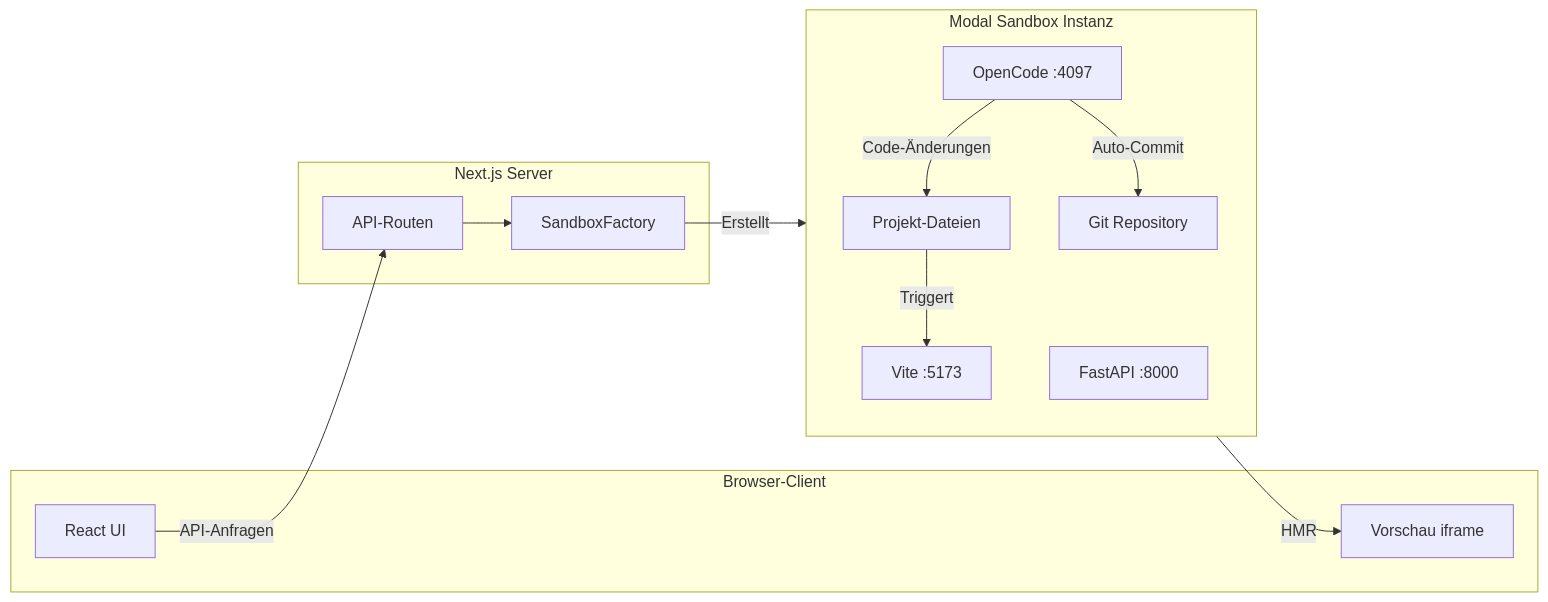
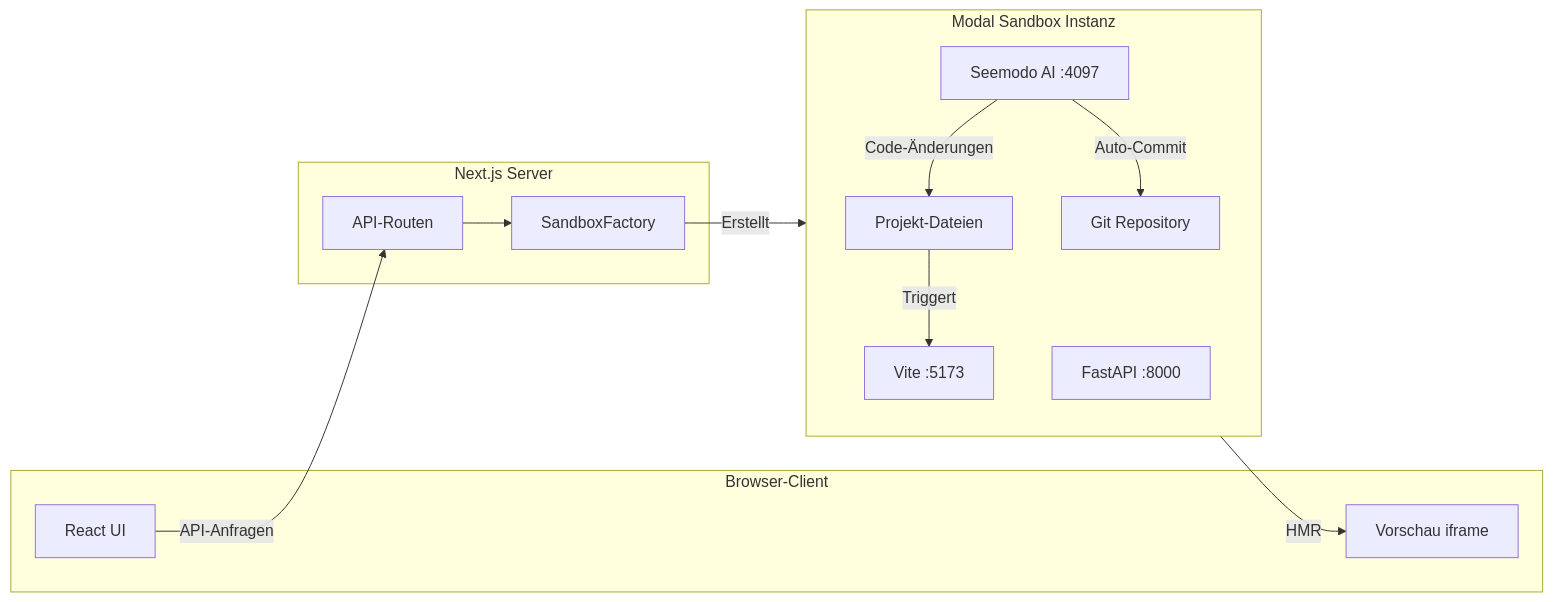
The third of 7 diagrams in de/seemodo/architecture.mdx (Seemodo/docs), drawn with Mermaid before and after one commit. The commit also changed other lines of this file and 23 other files, not shown here.

Commit message:
Update documentation to replace all instances of "OpenCode" with "Seemodo AI" across multiple files, including AGENTS.md, README.md, and various API reference documents, ensuring consistency with the new branding.

````diff
--- a/de/seemodo/architecture.mdx
+++ b/de/seemodo/architecture.mdx
@@ -135,29 +135,29 @@
 ```mermaid
 flowchart LR
     subgraph Client["Browser-Client"]
         UI["React UI"]
         Preview["Vorschau iframe"]
     end
 
     subgraph NextJS["Next.js Server"]
         API["API-Routen"]
         Factory["SandboxFactory"]
     end
 
     subgraph ModalSandbox["Modal Sandbox Instanz"]
         direction TB
         ViteServer["Vite :5173"]
         FastAPIServer["FastAPI :8000"]
-        OpenCodeServer["OpenCode :4097"]
+        SeemodAIServer["Seemodo AI :4097"]
         Git["Git Repository"]
         Files["Projekt-Dateien"]
     end
 
     UI -->|API-Anfragen| API
     API --> Factory
     Factory -->|Erstellt| ModalSandbox
     ViteServer -->|HMR| Preview
-    OpenCodeServer -->|Code-Änderungen| Files
+    SeemodAIServer -->|Code-Änderungen| Files
     Files -->|Triggert| ViteServer
-    OpenCodeServer -->|Auto-Commit| Git
+    SeemodAIServer -->|Auto-Commit| Git
 ```
````
